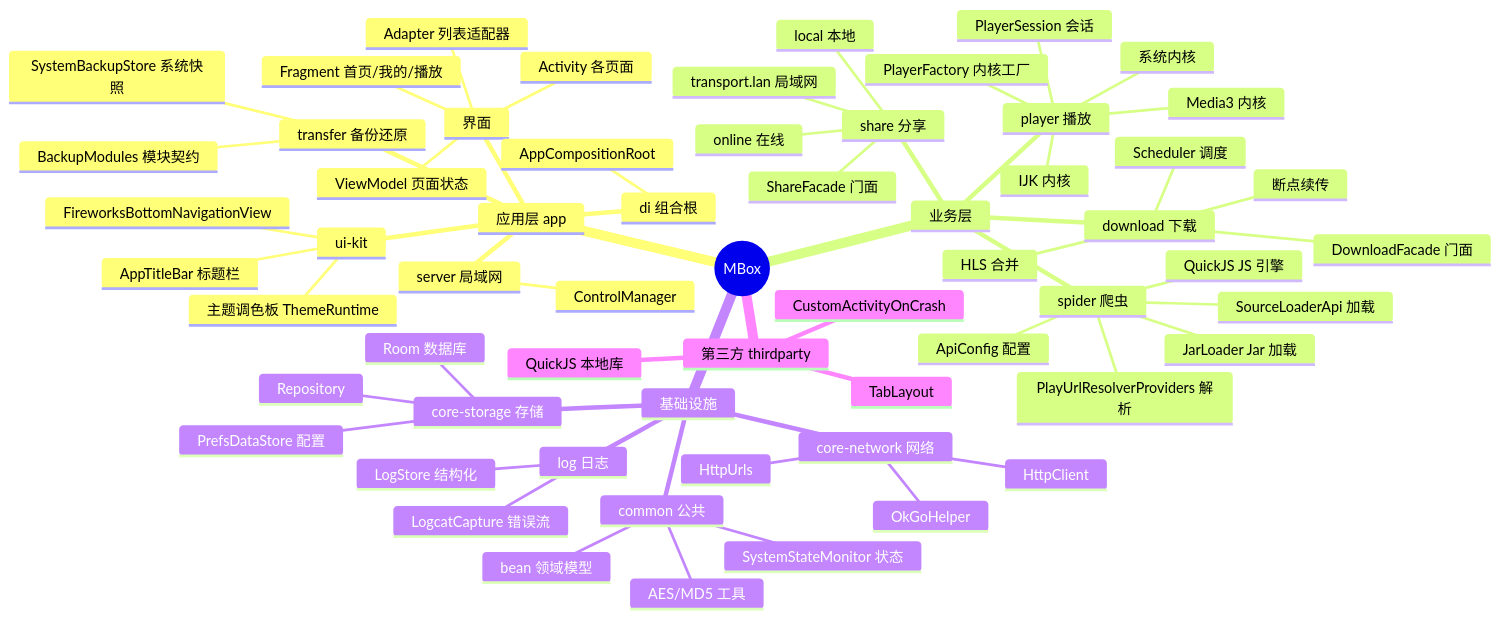
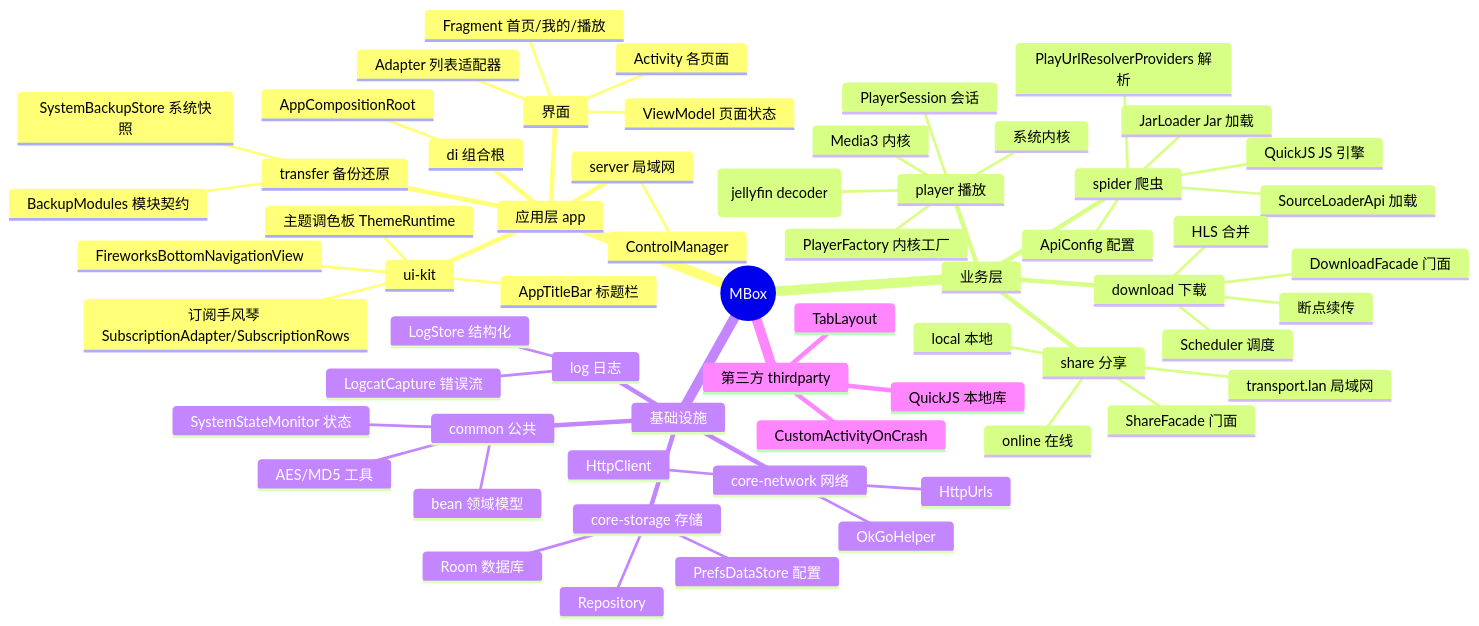
One commit to CNShanJu/MBox changed the diagram in doc/项目全景脑图.md. Above: the diagram before and after it, drawn with Mermaid. The commit also changed other lines of this file and 83 other files, not shown here.

````diff
--- a/doc/项目全景脑图.md
+++ b/doc/项目全景脑图.md
@@ -7,64 +7,65 @@
 ```mermaid
 mindmap
   root((MBox))
     应用层 app
       界面
         Activity 各页面
         Fragment 首页/我的/播放
         Adapter 列表适配器
         ViewModel 页面状态
       ui-kit
         主题调色板 ThemeRuntime
         AppTitleBar 标题栏
         FireworksBottomNavigationView
+        订阅手风琴 SubscriptionAdapter/SubscriptionRows
       di 组合根
         AppCompositionRoot
       transfer 备份还原
         BackupModules 模块契约
         SystemBackupStore 系统快照
       server 局域网
         ControlManager
     业务层
       spider 爬虫
         SourceLoaderApi 加载
         PlayUrlResolverProviders 解析
         QuickJS JS 引擎
         JarLoader Jar 加载
         ApiConfig 配置
       player 播放
         PlayerFactory 内核工厂
         PlayerSession 会话
-        IJK 内核
         Media3 内核
         系统内核
+        FFmpeg 软解(jellyfin decoder)
       download 下载
         DownloadFacade 门面
         Scheduler 调度
         断点续传
         HLS 合并
       share 分享
         ShareFacade 门面
         online 在线
         transport.lan 局域网
         local 本地
     基础设施
       core-network 网络
         OkGoHelper
         HttpClient
         HttpUrls
       core-storage 存储
         Room 数据库
         PrefsDataStore 配置
         Repository
       log 日志
         LogStore 结构化
         LogcatCapture 错误流
       common 公共
         bean 领域模型
         AES/MD5 工具
         SystemStateMonitor 状态
     第三方 thirdparty
       TabLayout
       CustomActivityOnCrash
       QuickJS 本地库
 ```
````
